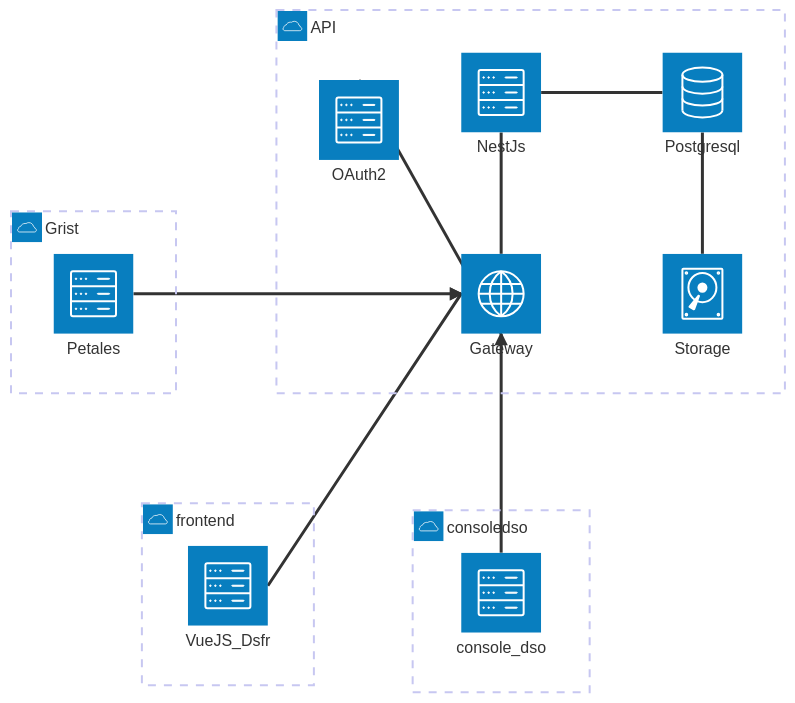
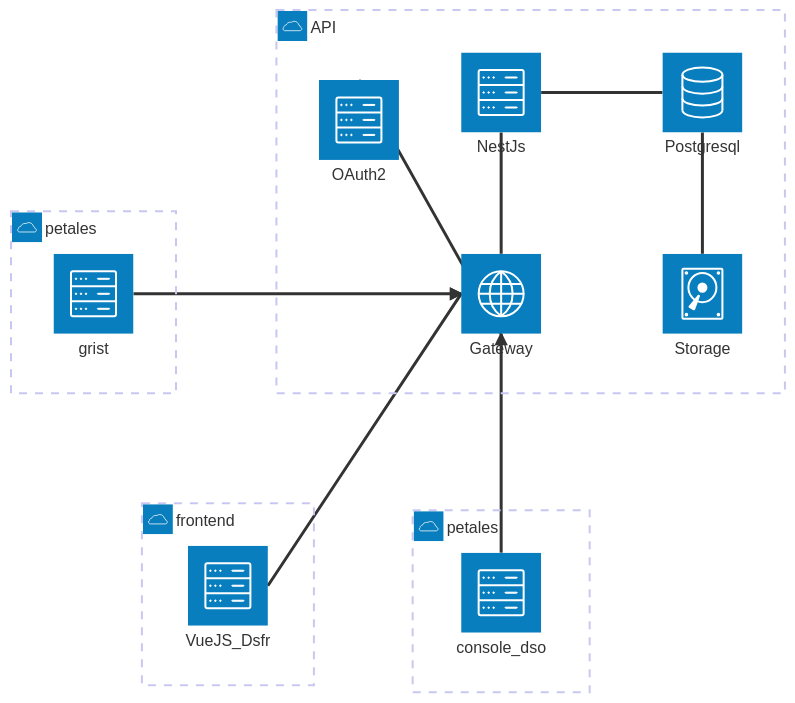
The diagram in slides.md (dnum-mi/referentiel-applications-slides), drawn with Mermaid before and after one commit. The commit also changed other lines of this file, not shown here.

Commit message:
architecture logicielle

````diff
--- a/slides.md
+++ b/slides.md
@@ -497,47 +509,47 @@
 ```mermaid
 %%{
   init: {
     'theme': 'default',
     'themeVariables': {
       'primaryColor': '#BB2528',
       'primaryTextColor': '#fff',
       'primaryBorderColor': '#7C0000',
       'lineColor': '#F8B229',
       'secondaryColor': '#006100',
       'tertiaryColor': '#fff',
-      'fontSize': 14px
+      'fontSize': 10px
     }
   }
 }%%
 architecture-beta
 
     group api(cloud)[API]
 
     service gateway(internet)[Gateway] in api
     service db(database)[Postgresql] in api
     service disk1(disk)[Storage] in api
     service backend(server)[NestJs] in api
     service authent(server)[OAuth2] in api
 
     gateway:B -- T:authent
     gateway:T -- B:backend
     db:L -- R:backend
     disk1:T -- B:db
 
     group frontend(cloud)[frontend]
 
      service front(server)[VueJS_Dsfr] in frontend 
      front:R --> L:gateway
 
-    group tableur(cloud)[Grist]
+    group tableur(cloud)[petales]
 
-     service grist(server)[Petales] in tableur 
+     service grist(server)[grist] in tableur 
      grist:R --> L:gateway
 
-    group consoledso(cloud)[consoledso]
+    group consoledso(cloud)[petales]
 
      service console(server)[console_dso] in consoledso 
      console:T --> B:gateway
 
 
 ```
````
